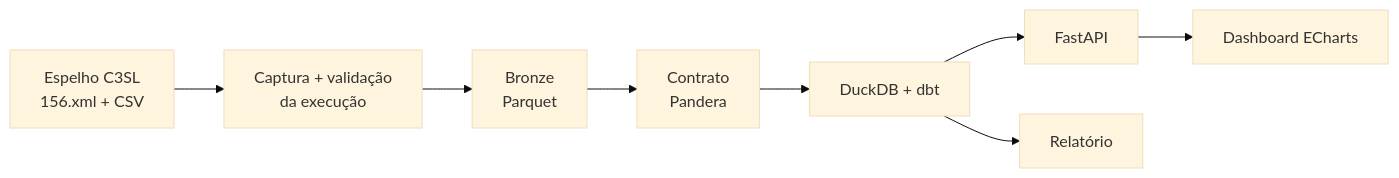
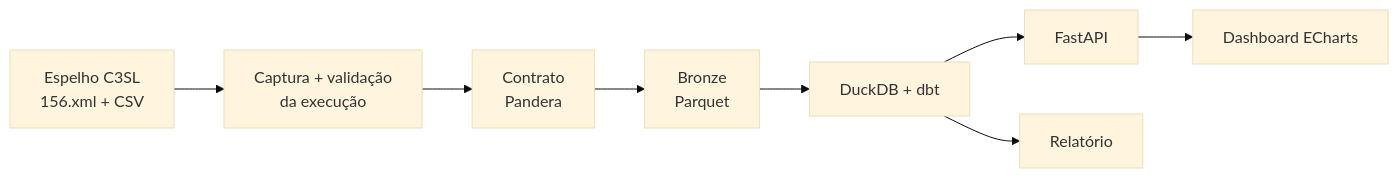
The diagram in README.md (MelsarDalRiFilho/CwbDataSIAC), drawn with Mermaid (base theme) before and after one commit. The commit also changed other lines of this file and 13 other files, not shown here.

First line of the commit message:
feat: contrato de entrada com Pandera antes da camada Bronze (fase 4)

````diff
--- a/README.md
+++ b/README.md
@@ -23,10 +23,10 @@
 ```mermaid
 flowchart LR
     A[Espelho C3SL<br/>156.xml + CSV] --> B[Captura + validação<br/>da execução]
-    B --> C[Bronze<br/>Parquet]
-    C --> D[Contrato<br/>Pandera]
-    D --> E[DuckDB + dbt]
+    B --> D[Contrato<br/>Pandera]
+    D --> C[Bronze<br/>Parquet]
+    C --> E[DuckDB + dbt]
     E --> F[FastAPI]
     F --> G[Dashboard ECharts]
     E --> H[Relatório]
 ```
````
